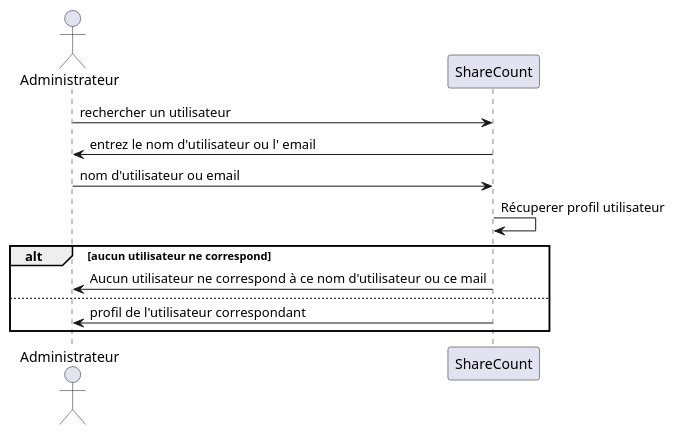
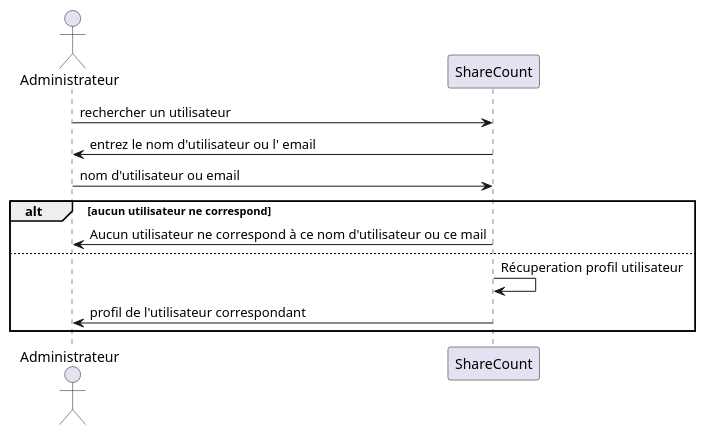
Before and after one commit to lmtb06/sharecount: the diagram in diagrammes/specification/sequence/admin-rechercher-profil-utilisateur.puml, drawn with PlantUML. The commit also changed 7 other files, not shown here.

Commit message:
- Actualisation diagramme de package - Ajout de la creation de compte pour admin - Correction de differents diagrammes de séquence

```diff
--- a/diagrammes/specification/sequence/admin-rechercher-profil-utilisateur.puml
+++ b/diagrammes/specification/sequence/admin-rechercher-profil-utilisateur.puml
@@ -1,14 +1,14 @@
 @startuml "Rechercher un profil utilisateur (admin)"
 actor Administrateur as a
 participant ShareCount as sc
 
 a 	-> 	sc : rechercher un utilisateur
 a 	<- 	sc : entrez le nom d'utilisateur ou l' email
 a 	-> 	sc : nom d'utilisateur ou email
-sc 	-> 	sc : Récuperer profil utilisateur
 alt aucun utilisateur ne correspond
 a 	<- 	sc : Aucun utilisateur ne correspond à ce nom d'utilisateur ou ce mail
 else
+sc 	-> 	sc : Récuperation profil utilisateur
 a 	<- 	sc : profil de l'utilisateur correspondant
 end
 @enduml
```
